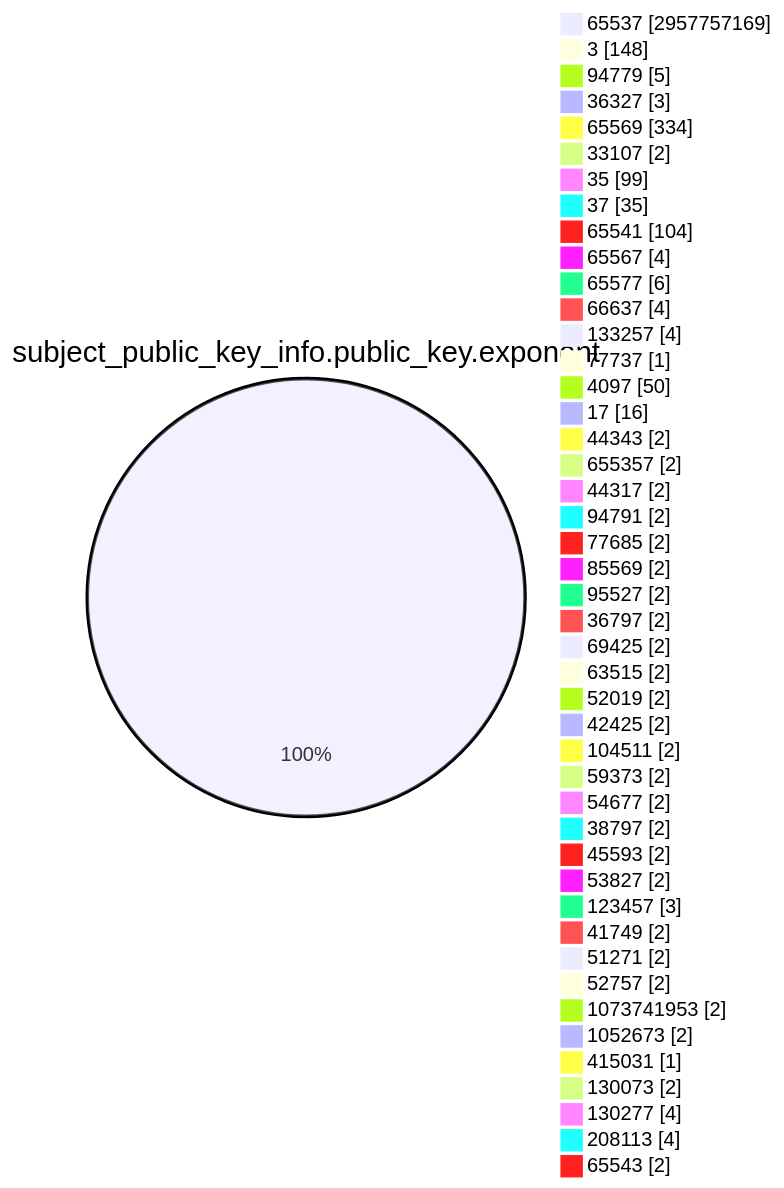
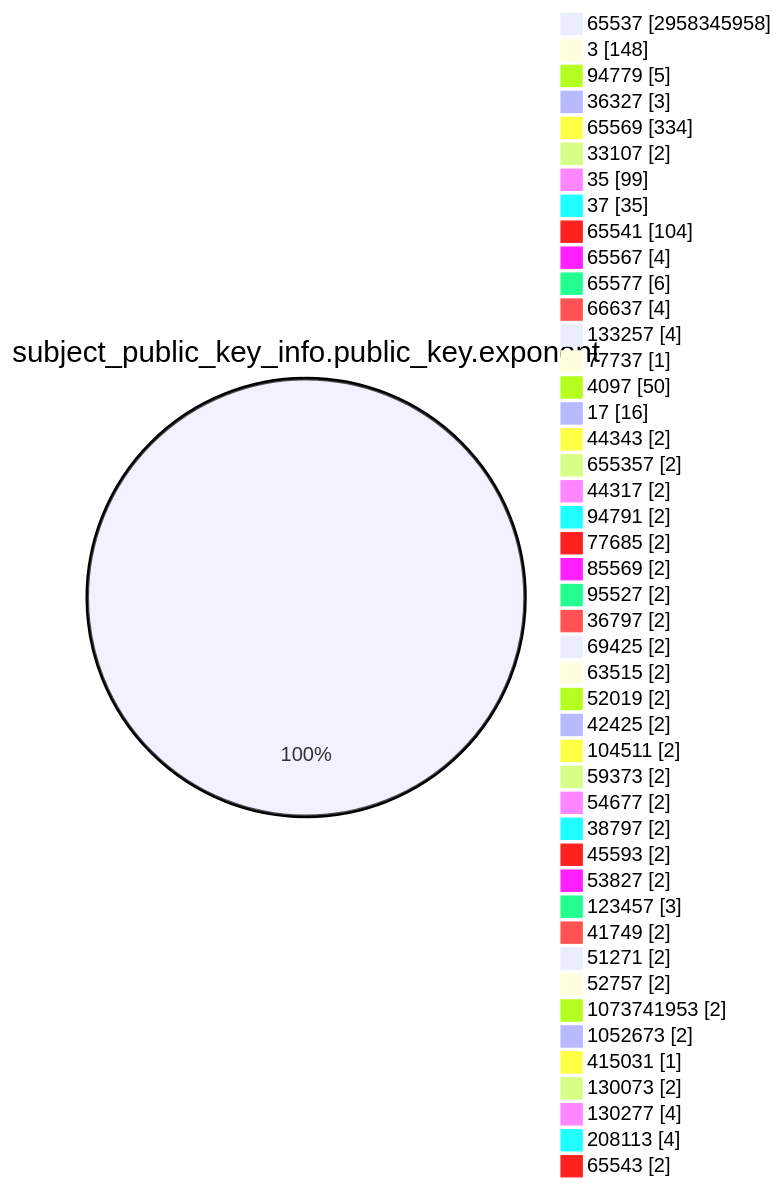
Before and after one commit to christiankrug/ctmonitor_visualization: the fourth of 15 diagrams in TOTAL/README.md, drawn with Mermaid. The commit also changed other lines of this file, not shown here.

````diff
--- a/TOTAL/README.md
+++ b/TOTAL/README.md
@@ -1471,49 +1471,49 @@
 ```mermaid
 pie showData
 title subject_public_key_info.public_key.exponent
-"65537" :2957757169
+"65537" :2958345958
 "3" :148
 "94779" :5
 "36327" :3
 "65569" :334
 "33107" :2
 "35" :99
 "37" :35
 "65541" :104
 "65567" :4
 "65577" :6
 "66637" :4
 "133257" :4
 "77737" :1
 "4097" :50
 "17" :16
 "44343" :2
 "655357" :2
 "44317" :2
 "94791" :2
 "77685" :2
 "85569" :2
 "95527" :2
 "36797" :2
 "69425" :2
 "63515" :2
 "52019" :2
 "42425" :2
 "104511" :2
 "59373" :2
 "54677" :2
 "38797" :2
 "45593" :2
 "53827" :2
 "123457" :3
 "41749" :2
 "51271" :2
 "52757" :2
 "1073741953" :2
 "1052673" :2
 "415031" :1
 "130073" :2
 "130277" :4
 "208113" :4
 "65543" :2
 ```
````
